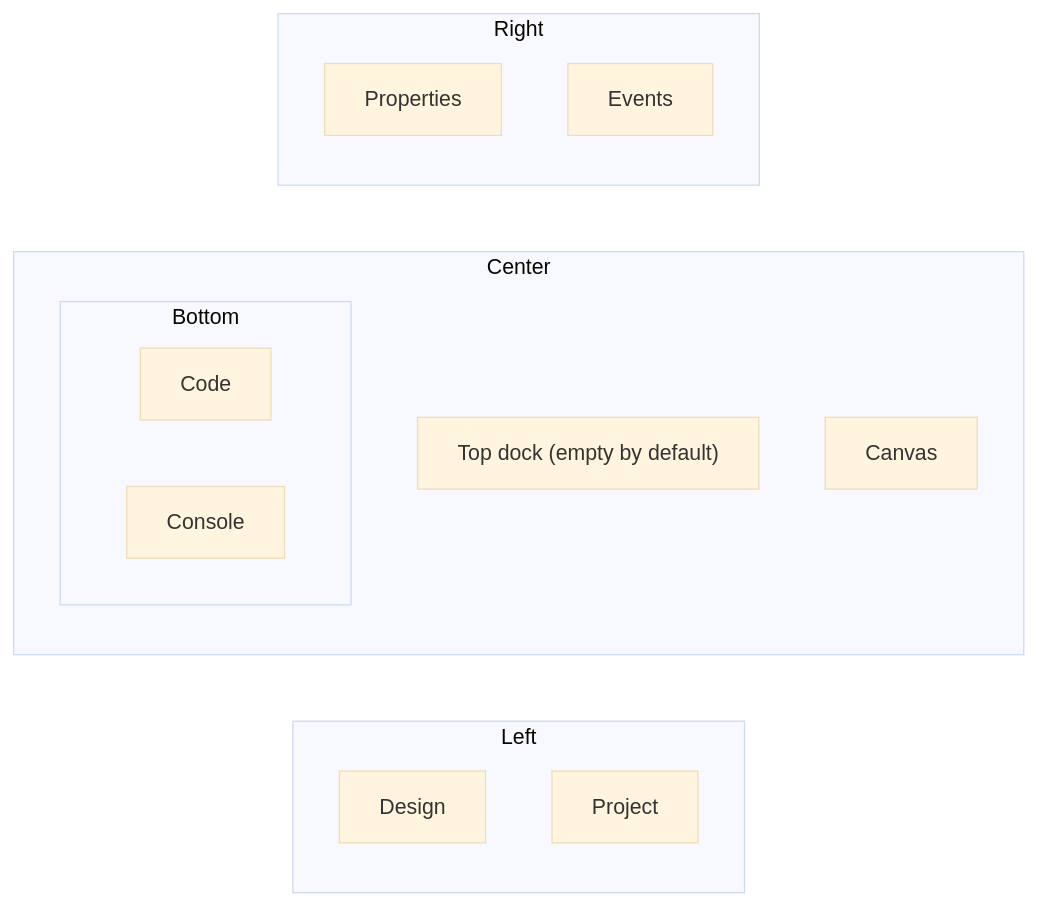
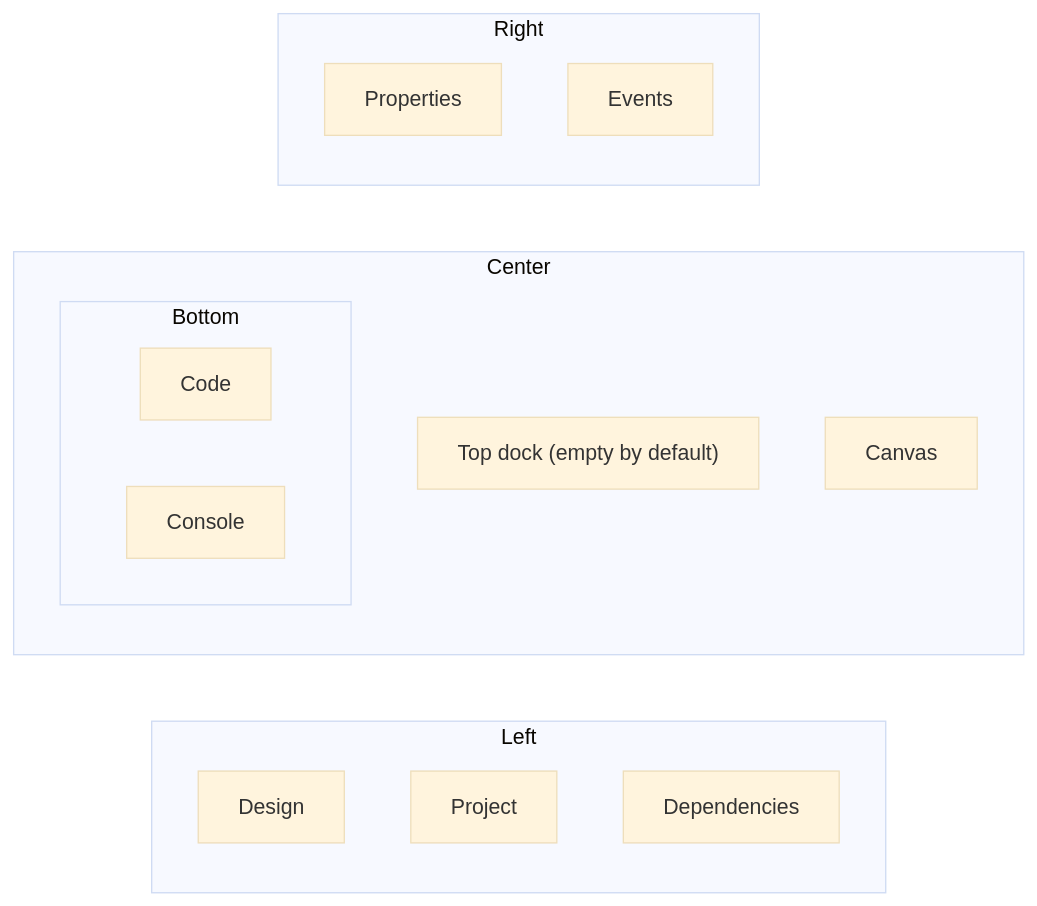
The diagram in docs/src/content/docs/editor/menus-and-commands.md (albakore/pyzed), drawn with Mermaid (base theme) before and after one commit. The commit also changed other lines of this file and 21 other files, not shown here.

````diff
--- a/docs/src/content/docs/editor/menus-and-commands.md
+++ b/docs/src/content/docs/editor/menus-and-commands.md
@@ -140,19 +141,20 @@
 ```mermaid
 flowchart LR
     subgraph Left
         Design
         Project
+        Dependencies
     end
     subgraph Center
         Top["Top dock (empty by default)"]
         Canvas
         subgraph Bottom
             Code
             Console
         end
     end
     subgraph Right
         Properties
         Events
     end
 ```
````
